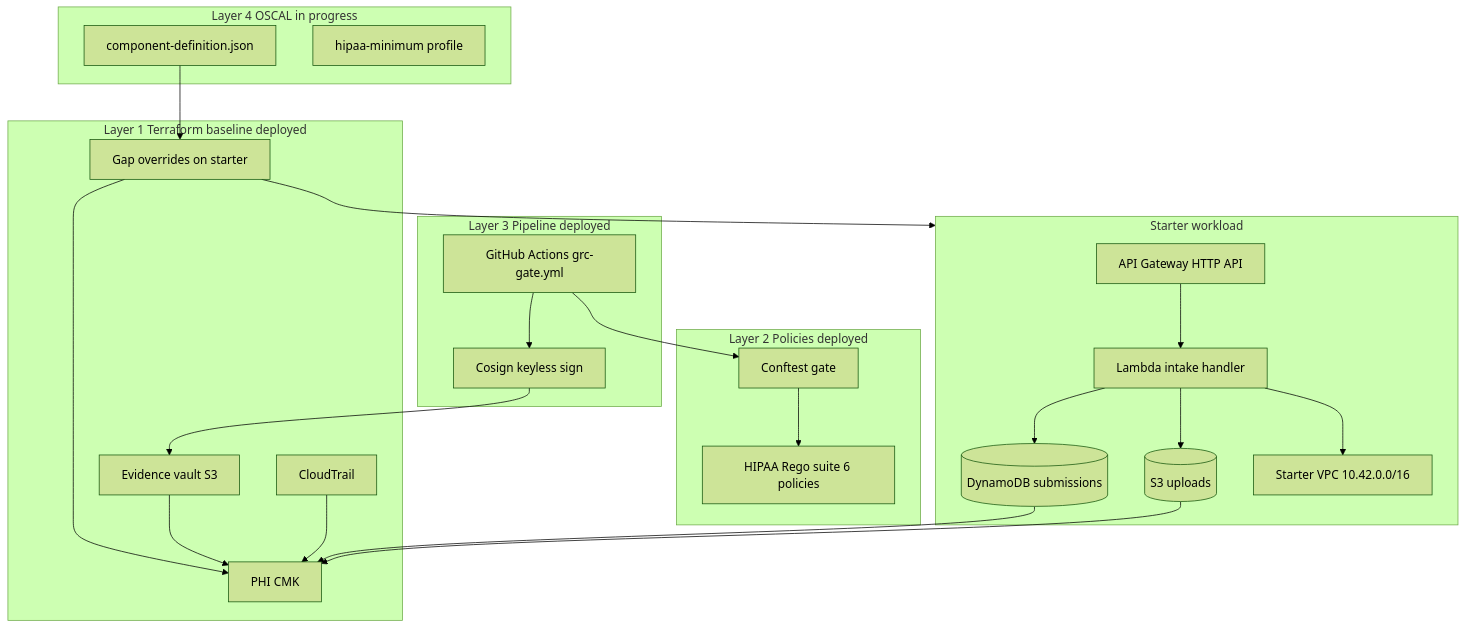
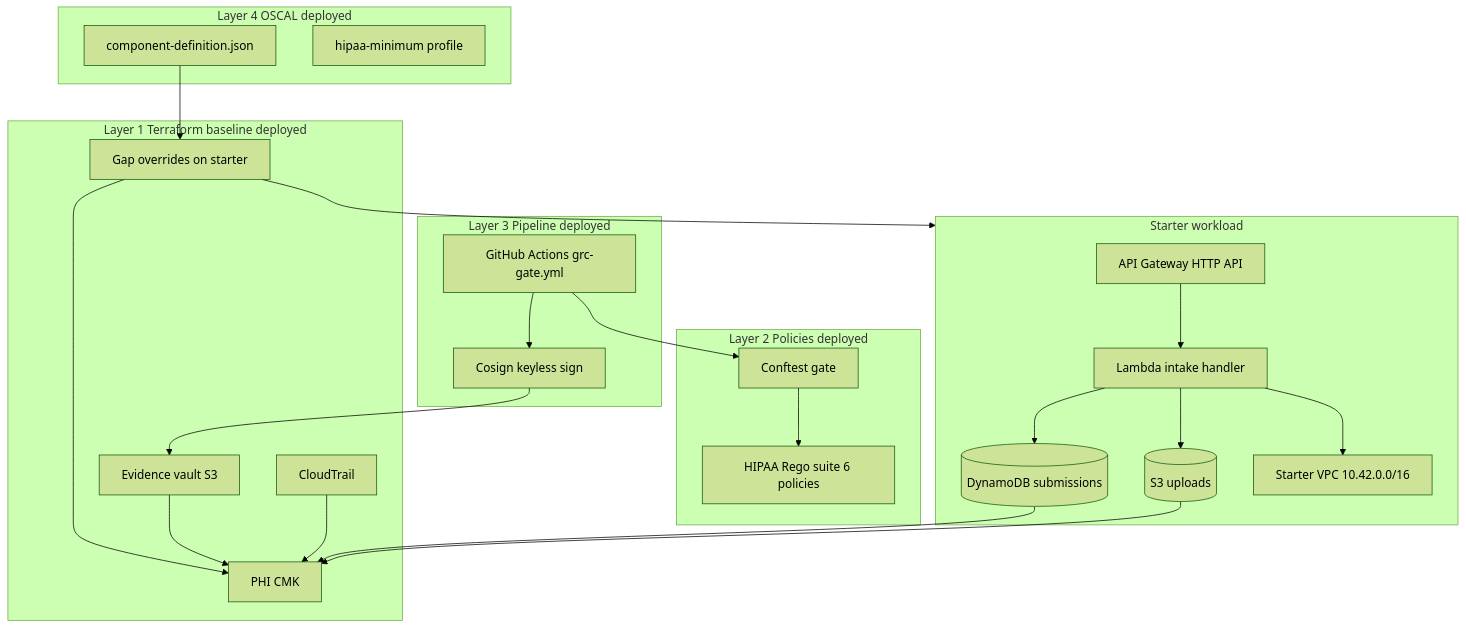
The first of 2 diagrams in WRITEUP.md (tiffanymwr15/cgep-app-starter), drawn with Mermaid (forest theme) before and after one commit. The commit also changed other lines of this file and 7 other files, not shown here.

````diff
--- a/WRITEUP.md
+++ b/WRITEUP.md
@@ -17,48 +17,48 @@
 ```mermaid
 flowchart TB
-  subgraph layer4 [Layer 4 OSCAL in progress]
+  subgraph layer4 [Layer 4 OSCAL deployed]
     OSCAL[component-definition.json]
     Profile[hipaa-minimum profile]
   end
 
   subgraph layer3 [Layer 3 Pipeline deployed]
     GHA[GitHub Actions grc-gate.yml]
     Cosign[Cosign keyless sign]
   end
 
   subgraph layer2 [Layer 2 Policies deployed]
     Rego[HIPAA Rego suite 6 policies]
     Conftest[Conftest gate]
   end
 
   subgraph layer1 [Layer 1 Terraform baseline deployed]
     KMS[PHI CMK]
     Vault[Evidence vault S3]
     Trail[CloudTrail]
     Overrides[Gap overrides on starter]
   end
 
   subgraph workload [Starter workload]
     APIGW[API Gateway HTTP API]
     Lambda[Lambda intake handler]
     DDB[(DynamoDB submissions)]
     Uploads[(S3 uploads)]
     VPC[Starter VPC 10.42.0.0/16]
   end
 
   OSCAL --> Overrides
   GHA --> Conftest
   Conftest --> Rego
   GHA --> Cosign
   Cosign --> Vault
   Overrides --> KMS
   Overrides --> workload
   Vault --> KMS
   Trail --> KMS
   APIGW --> Lambda
   Lambda --> VPC
   Lambda --> DDB
   Lambda --> Uploads
   DDB --> KMS
   Uploads --> KMS
 ```
````
